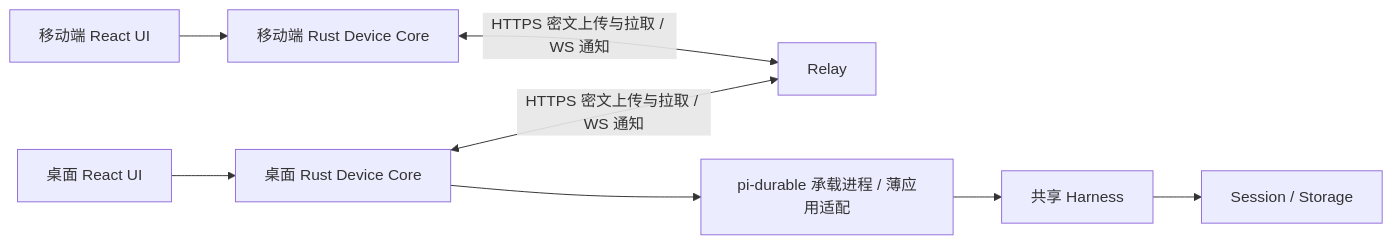
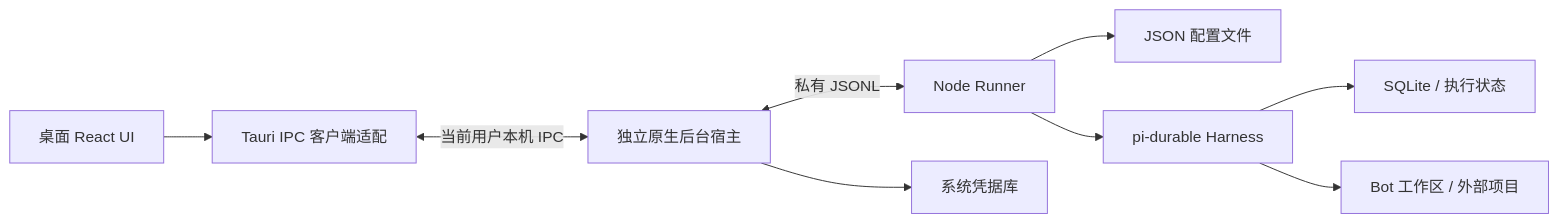
The diagram in docs/architecture/00-overview.md (zhuxining/AgentChat), drawn with Mermaid before and after one commit. The commit also changed other lines of this file and 45 other files, not shown here.

````diff
--- a/docs/architecture/00-overview.md
+++ b/docs/architecture/00-overview.md
@@ -25,10 +9,11 @@
 ```mermaid
 flowchart LR
-    Desktop[桌面 React UI] --> DC[桌面 Rust Device Core]
-    Phone[移动端 React UI] --> PC[移动端 Rust Device Core]
-    DC <-->|HTTPS 密文上传与拉取 / WS 通知| Relay[Relay]
-    PC <-->|HTTPS 密文上传与拉取 / WS 通知| Relay
-    DC --> Runner[pi-durable 承载进程 / 薄应用适配]
-    Runner --> Harness[共享 Harness]
-    Harness --> Storage[Session / Storage]
+    UI[桌面 React UI] --> Tauri[Tauri IPC 客户端适配]
+    Tauri <-->|当前用户本机 IPC| Host[独立原生后台宿主]
+    Host <-->|私有 JSONL| Node[Node Runner]
+    Host --> Keys[系统凭据库]
+    Node --> Config[JSON 配置文件]
+    Node --> Harness[pi-durable Harness]
+    Harness --> Storage[SQLite / 执行状态]
+    Harness --> Workspace[Bot 工作区 / 外部项目]
 ```
````
